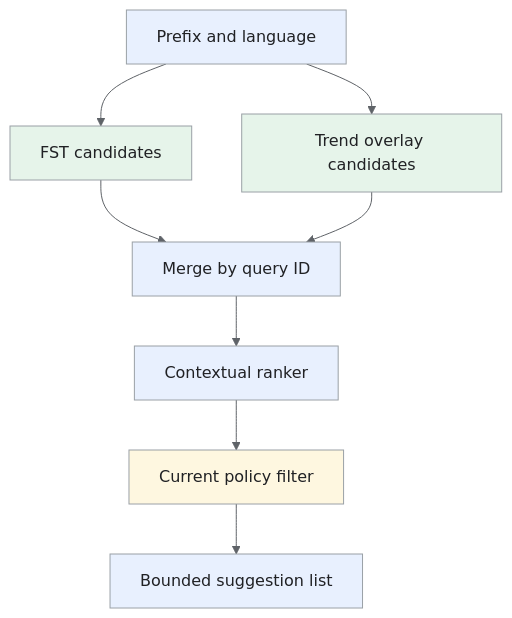
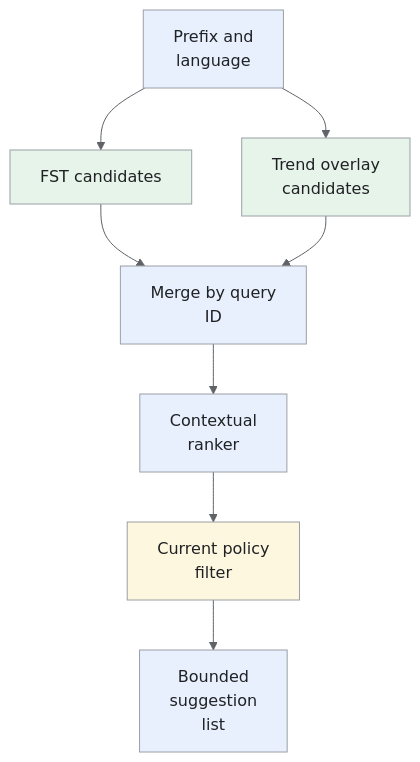
The fourth of 5 diagrams in _designs/autocomplete-query-suggestion.md (iliazlobin/iliazlobin.github.io), drawn with Mermaid before and after one commit. The commit also changed other lines of this file and 116 other files, not shown here.

````diff
--- a/_designs/autocomplete-query-suggestion.md
+++ b/_designs/autocomplete-query-suggestion.md
@@ -288,18 +293,18 @@
 ```mermaid
 %%{init: {'theme':'base','themeVariables':{'primaryColor':'#e8f0fe','primaryTextColor':'#202124','primaryBorderColor':'#9aa0a6','lineColor':'#5f6368','secondaryColor':'#e6f4ea','tertiaryColor':'#fef7e0','actorBkg':'#e8f0fe','actorBorder':'#9aa0a6','actorTextColor':'#202124','noteBkgColor':'#fef7e0','noteTextColor':'#202124','noteBorderColor':'#9aa0a6','signalColor':'#5f6368','signalTextColor':'#202124','labelBoxBkgColor':'#fef7e0','labelBoxBorderColor':'#9aa0a6'}}}%%
 flowchart TB
-    P["Prefix and language"] --> F["FST candidates"]
-    P --> T["Trend overlay candidates"]
-    F --> M["Merge by query ID"]
+    P["Prefix and<br>language"] --> F["FST candidates"]
+    P --> T["Trend overlay<br>candidates"]
+    F --> M["Merge by query<br>ID"]
     T --> M
-    M --> R["Contextual ranker"]
-    R --> S["Current policy filter"]
-    S --> U["Bounded suggestion list"]
+    M --> R["Contextual<br>ranker"]
+    R --> S["Current policy<br>filter"]
+    S --> U["Bounded<br>suggestion<br>list"]
 classDef request fill:#e8f0fe,stroke:#9aa0a6,color:#202124;
 classDef data fill:#e6f4ea,stroke:#9aa0a6,color:#202124;
 classDef control fill:#fef7e0,stroke:#9aa0a6,color:#202124;
 class P,M,R,U request;
 class F,T data;
 class S control;
 
 ```
````
